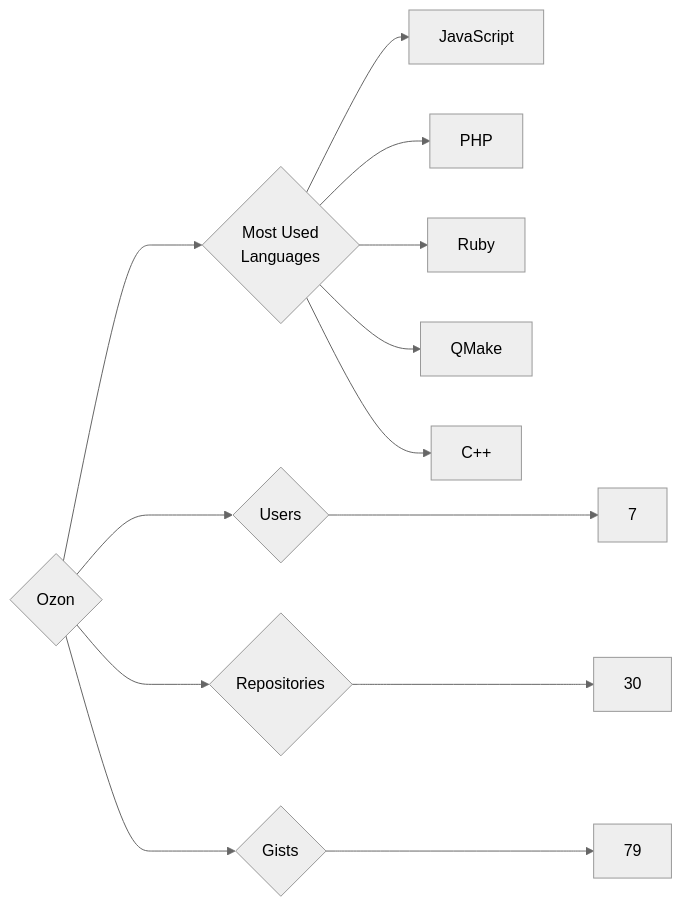
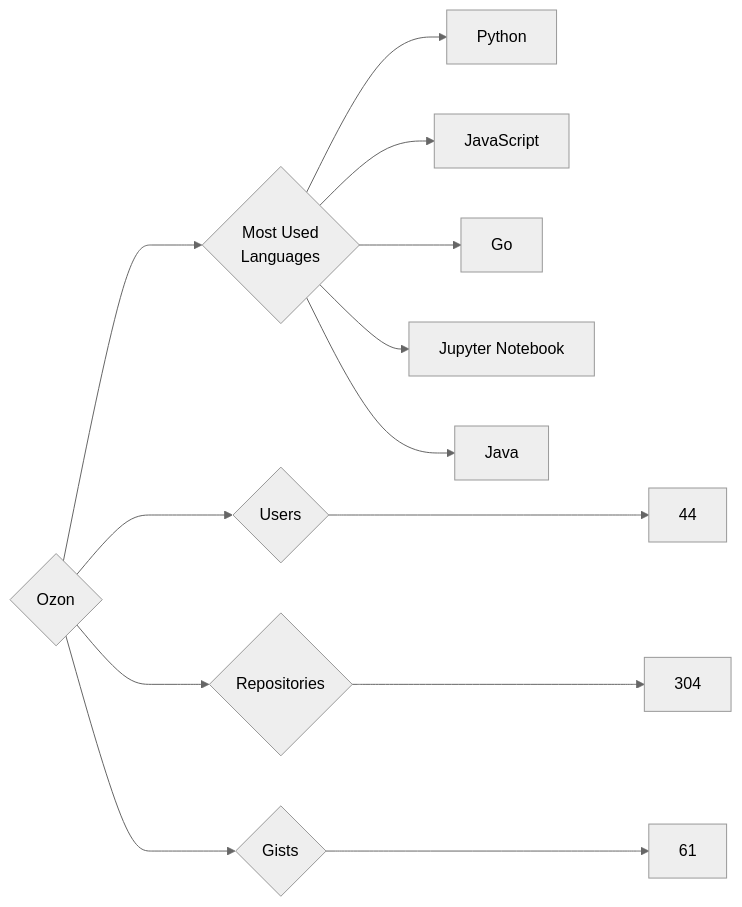
Before and after one commit to trickest/insiders: the diagram in targets/Ozon/README.md, drawn with Mermaid (neutral theme). The commit also changed 794 other files, not shown here.

````diff
--- a/targets/Ozon/README.md
+++ b/targets/Ozon/README.md
@@ -3,13 +3,13 @@
 ```mermaid
 graph LR
 COMPANY_NAME{Ozon}
-COMPANY_NAME ---> U{Users} ---> UN[7]
-COMPANY_NAME ---> R{Repositories} ---> RN[30]
-COMPANY_NAME ---> G{Gists} ---> GN[79]
+COMPANY_NAME ---> U{Users} ---> UN[44]
+COMPANY_NAME ---> R{Repositories} ---> RN[304]
+COMPANY_NAME ---> G{Gists} ---> GN[61]
 COMPANY_NAME ---> ML{Most Used<br>Languages}
+ML --> Python[Python]
 ML --> JavaScript[JavaScript]
-ML --> PHP[PHP]
-ML --> Ruby[Ruby]
-ML --> QMake[QMake]
-ML --> C++[C++]
+ML --> Go[Go]
+ML --> Jupyter_Notebook[Jupyter Notebook]
+ML --> Java[Java]
 ```
````
